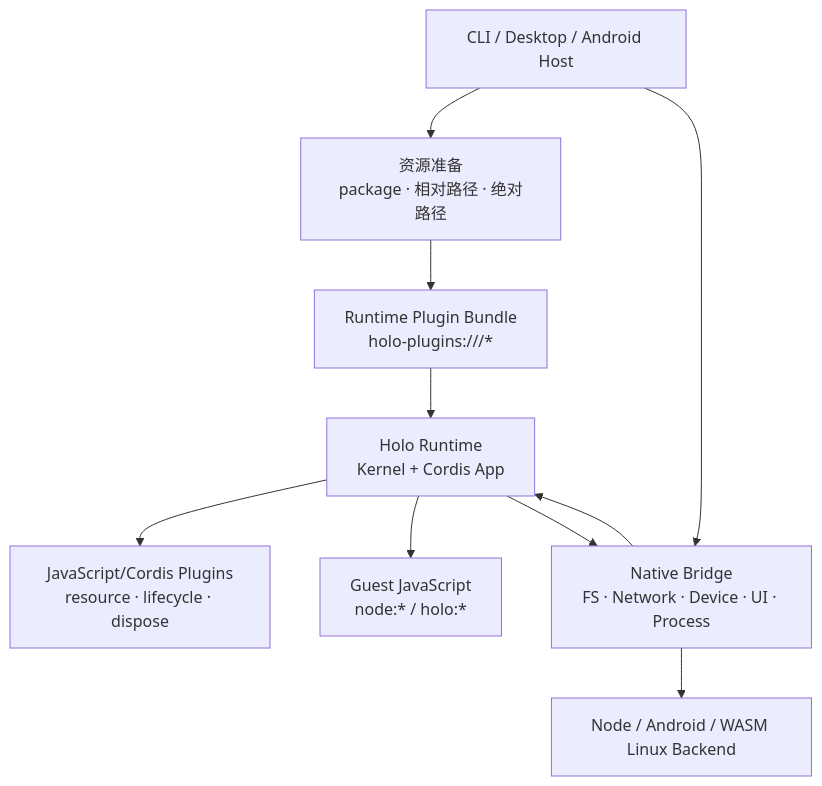
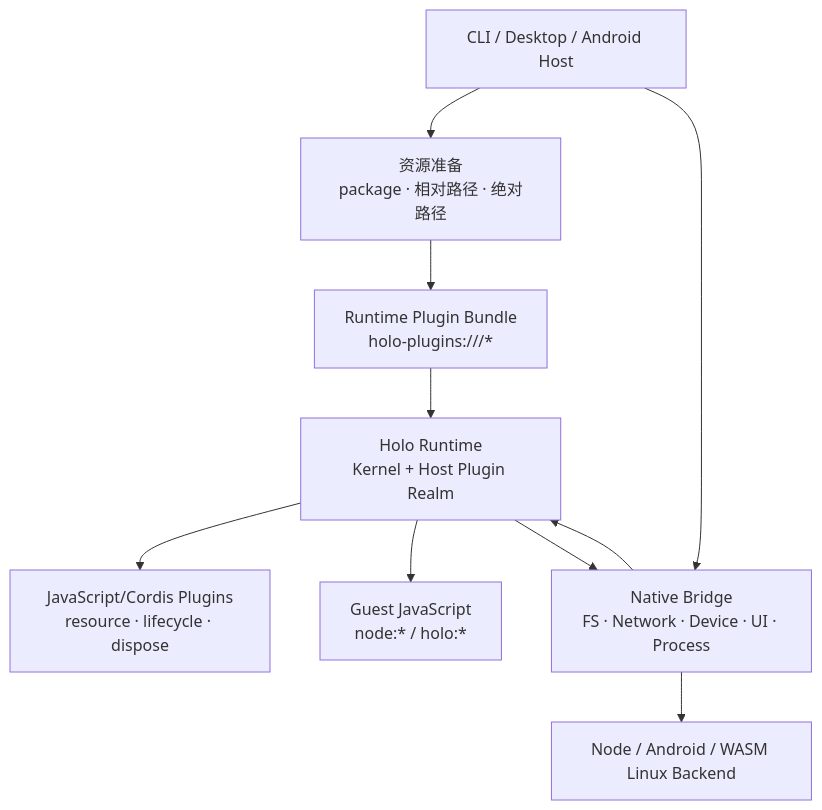
Before and after one commit to oneworks-ai/holonomy: the diagram in .oo/docs/concepts/runtime-plugins.md, drawn with Mermaid. The commit also changed other lines of this file and 1157 other files, not shown here.

````diff
--- a/.oo/docs/concepts/runtime-plugins.md
+++ b/.oo/docs/concepts/runtime-plugins.md
@@ -11,17 +11,17 @@
 ```mermaid
 flowchart TD
   host["CLI / Desktop / Android Host"]
   resources["资源准备<br/>package · 相对路径 · 绝对路径"]
   bundle["Runtime Plugin Bundle<br/>holo-plugins:///*"]
-  runtime["Holo Runtime<br/>Kernel + Cordis App"]
+  runtime["Holo Runtime<br/>Kernel + Host Plugin Realm"]
   plugins["JavaScript/Cordis Plugins<br/>resource · lifecycle · dispose"]
   bridge["Native Bridge<br/>FS · Network · Device · UI · Process"]
   backend["Node / Android / WASM Linux Backend"]
   guest["Guest JavaScript<br/>node:* / holo:*"]
 
   host --> resources --> bundle --> runtime
   host --> bridge --> runtime
   runtime --> plugins
   runtime --> guest
   runtime --> bridge --> backend
 ```
````
